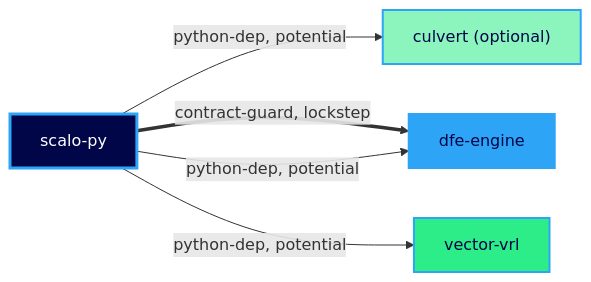
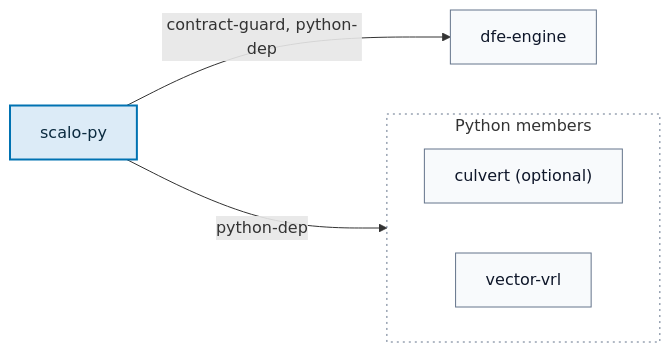
The fourth of 19 diagrams in docs/suite-graph.md (hyperi-io/dfe-infra), drawn with Mermaid before and after one commit. The commit also changed other lines of this file and 5 other files, not shown here.

First line of the commit message:
fix(suite-graph): draw the suite diagrams to the diagram standard

````diff
--- a/docs/suite-graph.md
+++ b/docs/suite-graph.md
@@ -140,15 +179,22 @@
 ```mermaid
 flowchart LR
-  scalo_py["scalo-py"]:::producer
-  culvert["culvert (optional)"]:::general-optional
-  scalo_py -->|python-dep, potential| culvert
-  dfe_engine["dfe-engine"]:::suite
-  scalo_py ==>|contract-guard, lockstep| dfe_engine
-  scalo_py -->|python-dep, potential| dfe_engine
-  vector_vrl["vector-vrl"]:::general
-  scalo_py -->|python-dep, potential| vector_vrl
-  classDef general fill:#2DED88,stroke:#2EA4F6,stroke-width:2px,color:#000647
-  classDef suite fill:#2EA4F6,stroke:#2EA4F6,stroke-width:2px,color:#000647
-  classDef producer fill:#000647,stroke:#2EA4F6,stroke-width:3px,color:#FFFFFF
-  classDef general-optional fill:#8CF5BE,stroke:#2EA4F6,stroke-width:2px,color:#000647
+    accTitle: L4 Detail -- scalo-py build cycle
+    accDescr: A scalo-py release puts 3 consumers in motion. culvert (optional) and vector-vrl take python-dep. dfe-engine takes contract-guard and python-dep.
+
+    scalo_py["scalo-py"]
+    subgraph python_members["Python members"]
+        direction LR
+        culvert["culvert (optional)"]
+        vector_vrl["vector-vrl"]
+    end
+    dfe_engine["dfe-engine"]
+
+    scalo_py -->|python-dep| python_members
+    scalo_py -->|contract-guard, python-dep| dfe_engine
+
+    classDef default fill:#F8FAFC,stroke:#64748B,stroke-width:1px,color:#0F172A
+    classDef core fill:#DCEBF7,stroke:#0072B2,stroke-width:2px,color:#0B2A3F
+    classDef group fill:none,stroke:#64748B,stroke-width:1px,stroke-dasharray:2 4
+    class scalo_py core
+    class python_members group
 ```
````
